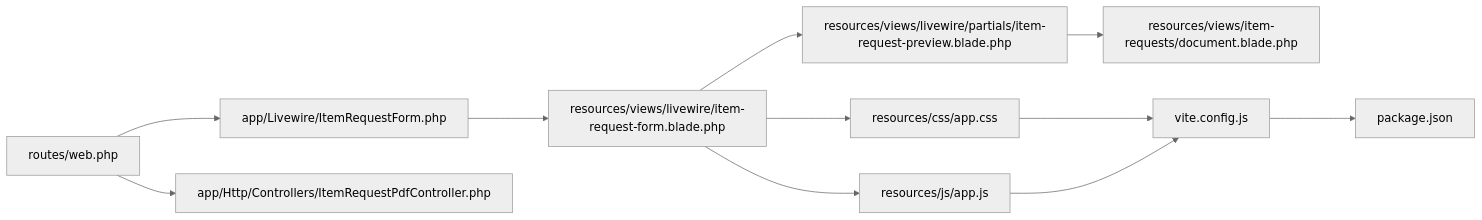
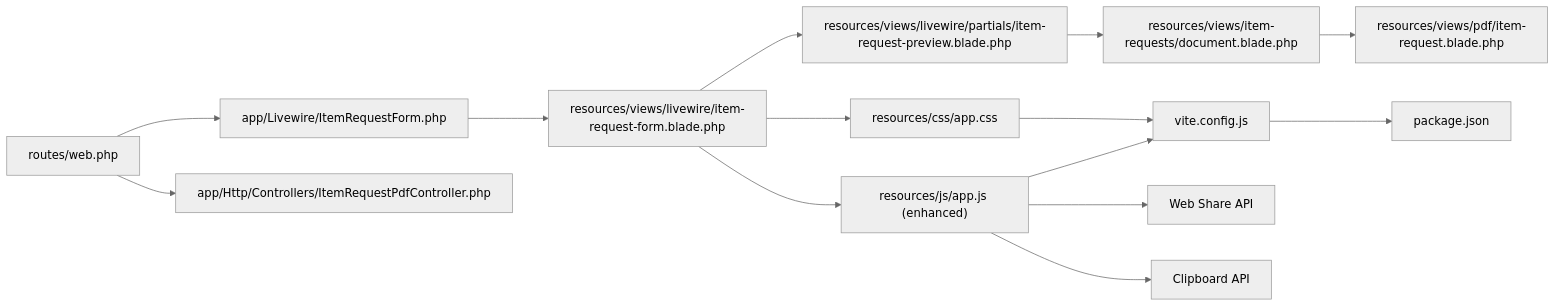
Before and after one commit to Dikksap/laravel_RsvHelmet: the seventh of 7 diagrams in .qoder/repowiki/en/content/Frontend Components/Frontend Components.md, drawn with Mermaid (neutral theme). The commit also changed other lines of this file and 102 other files, not shown here.

````diff
--- a/.qoder/repowiki/en/content/Frontend Components/Frontend Components.md
+++ b/.qoder/repowiki/en/content/Frontend Components/Frontend Components.md
@@ -375,13 +501,16 @@
 ```mermaid
 graph LR
 Web["routes/web.php"] --> LW["app/Livewire/ItemRequestForm.php"]
 Web --> PDF["app/Http/Controllers/ItemRequestPdfController.php"]
 LW --> View["resources/views/livewire/item-request-form.blade.php"]
 View --> Partial["resources/views/livewire/partials/item-request-preview.blade.php"]
 Partial --> Doc["resources/views/item-requests/document.blade.php"]
+Doc --> PdfTemplate["resources/views/pdf/item-request.blade.php"]
 View --> CSS["resources/css/app.css"]
-View --> JS["resources/js/app.js"]
+View --> JS["resources/js/app.js (enhanced)"]
 CSS --> Vite["vite.config.js"]
 JS --> Vite
 Vite --> NPM["package.json"]
+JS --> WebShare["Web Share API"]
+JS --> Clipboard["Clipboard API"]
 ```
````
